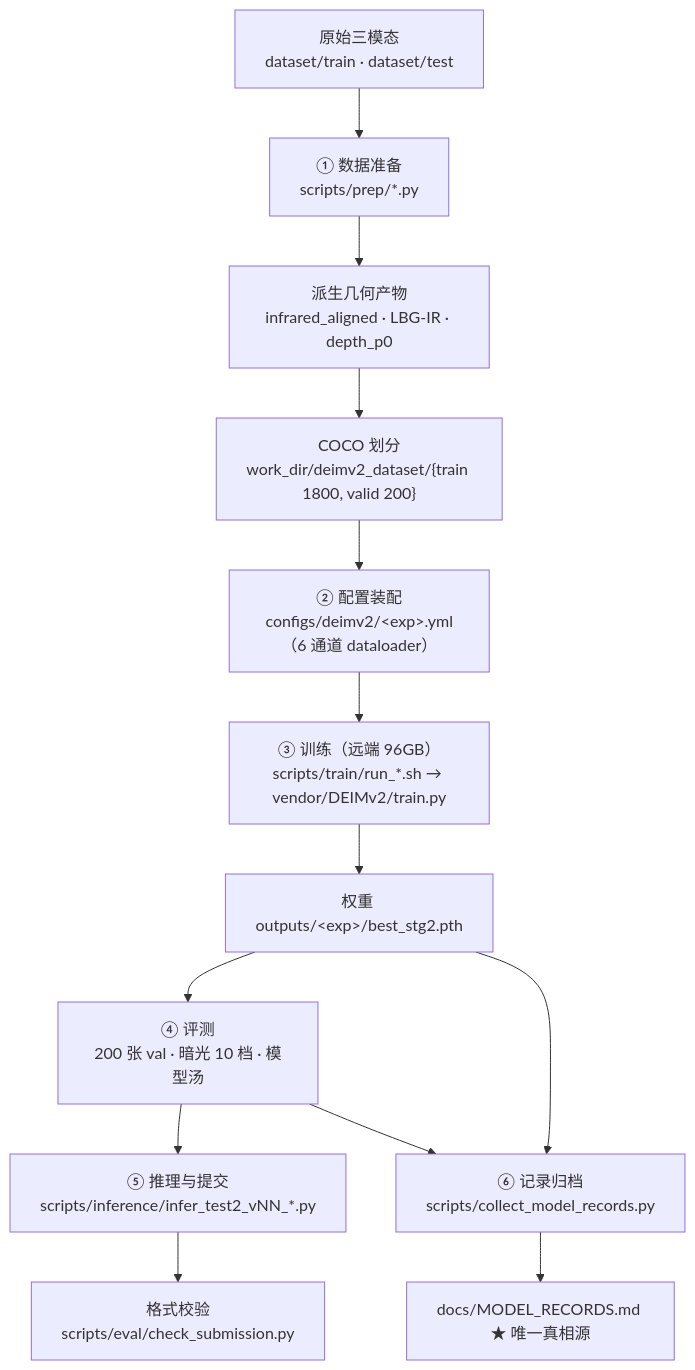
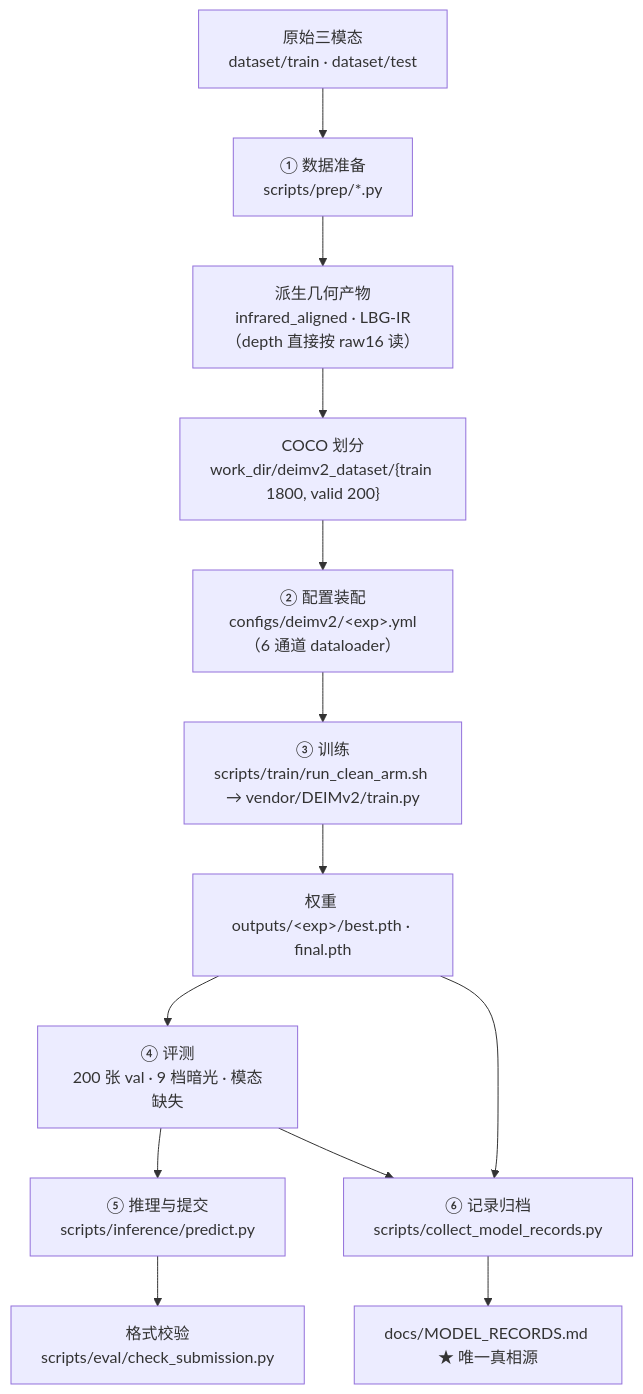
The diagram in docs/02_collaboration_and_specs/PROJECT_SPEC.md (Air-0000/AIC2026-multimodal-detection), drawn with Mermaid before and after one commit. The commit also changed other lines of this file and 1403 other files, not shown here.

````diff
--- a/docs/02_collaboration_and_specs/PROJECT_SPEC.md
+++ b/docs/02_collaboration_and_specs/PROJECT_SPEC.md
@@ -169,15 +168,15 @@
 ```mermaid
 flowchart TD
     A["原始三模态<br/>dataset/train · dataset/test"] --> B["① 数据准备<br/>scripts/prep/*.py"]
-    B --> C["派生几何产物<br/>infrared_aligned · LBG-IR · depth_p0"]
+    B --> C["派生几何产物<br/>infrared_aligned · LBG-IR（depth 直接按 raw16 读）"]
     C --> D["COCO 划分<br/>work_dir/deimv2_dataset/{train 1800, valid 200}"]
     D --> E["② 配置装配<br/>configs/deimv2/&lt;exp&gt;.yml（6 通道 dataloader）"]
-    E --> F["③ 训练（远端 96GB）<br/>scripts/train/run_*.sh → vendor/DEIMv2/train.py"]
-    F --> G["权重 outputs/&lt;exp&gt;/best_stg2.pth"]
-    G --> H["④ 评测<br/>200 张 val · 暗光 10 档 · 模型汤"]
-    H --> I["⑤ 推理与提交<br/>scripts/inference/infer_test2_vNN_*.py"]
+    E --> F["③ 训练<br/>scripts/train/run_clean_arm.sh → vendor/DEIMv2/train.py"]
+    F --> G["权重 outputs/&lt;exp&gt;/best.pth · final.pth"]
+    G --> H["④ 评测<br/>200 张 val · 9 档暗光 · 模态缺失"]
+    H --> I["⑤ 推理与提交<br/>scripts/inference/predict.py"]
     I --> J["格式校验<br/>scripts/eval/check_submission.py"]
     G --> K["⑥ 记录归档<br/>scripts/collect_model_records.py"]
     H --> K
     K --> L["docs/MODEL_RECORDS.md ★ 唯一真相源"]
 ```
````
